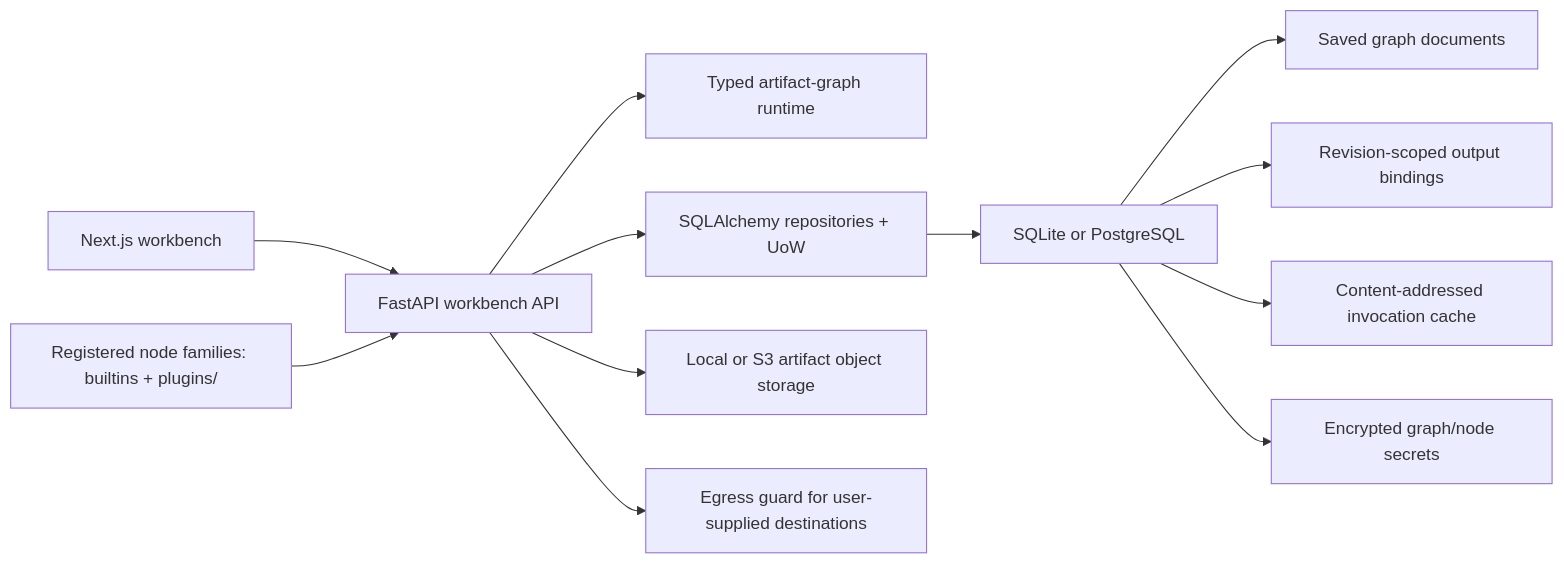
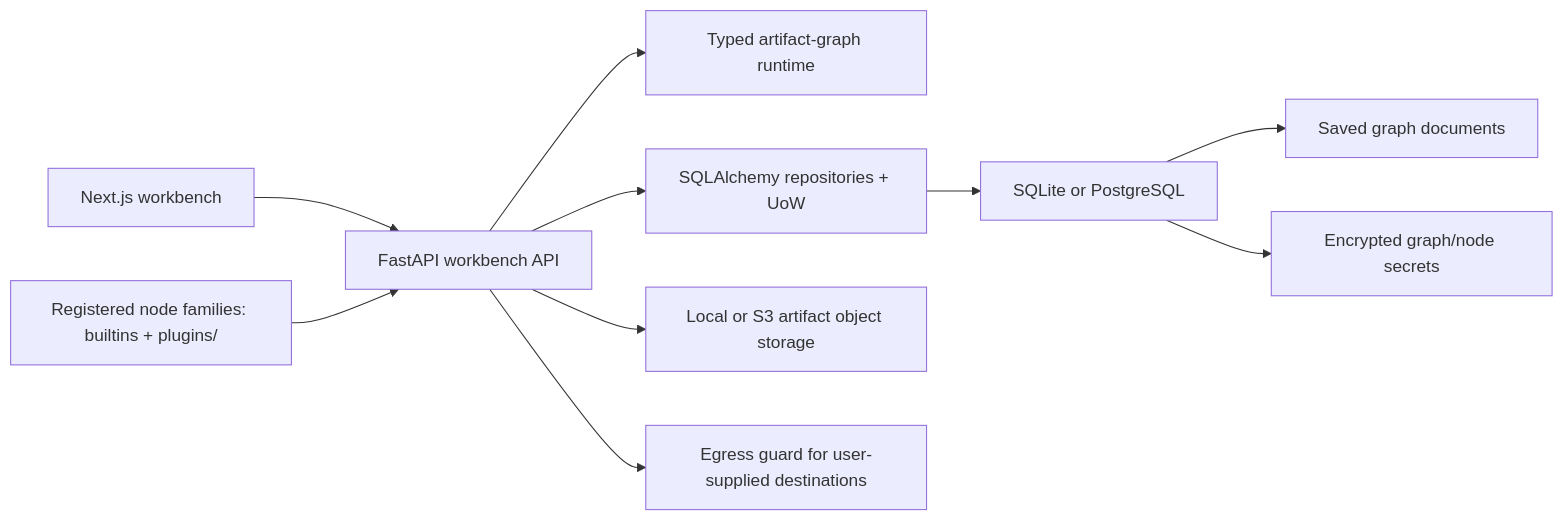
One commit to artpods56/grafY changed the first of 3 diagrams in README.md. Above: the diagram before and after it, drawn with Mermaid. The commit also changed other lines of this file and 11 other files, not shown here.

````diff
--- a/README.md
+++ b/README.md
@@ -27,14 +27,12 @@
 ```mermaid
 flowchart LR
     Web["Next.js workbench"] --> API["FastAPI workbench API"]
     API --> Core["Typed artifact-graph runtime"]
     API --> Persistence["SQLAlchemy repositories + UoW"]
     Persistence --> SQL["SQLite or PostgreSQL"]
     SQL --> Graphs["Saved graph documents"]
-    SQL --> Bindings["Revision-scoped output bindings"]
-    SQL --> Cache["Content-addressed invocation cache"]
     SQL --> Secrets["Encrypted graph/node secrets"]
     API --> Storage["Local or S3 artifact object storage"]
     Families["Registered node families: builtins + plugins/"] --> API
     API --> Egress["Egress guard for user-supplied destinations"]
 ```
````
